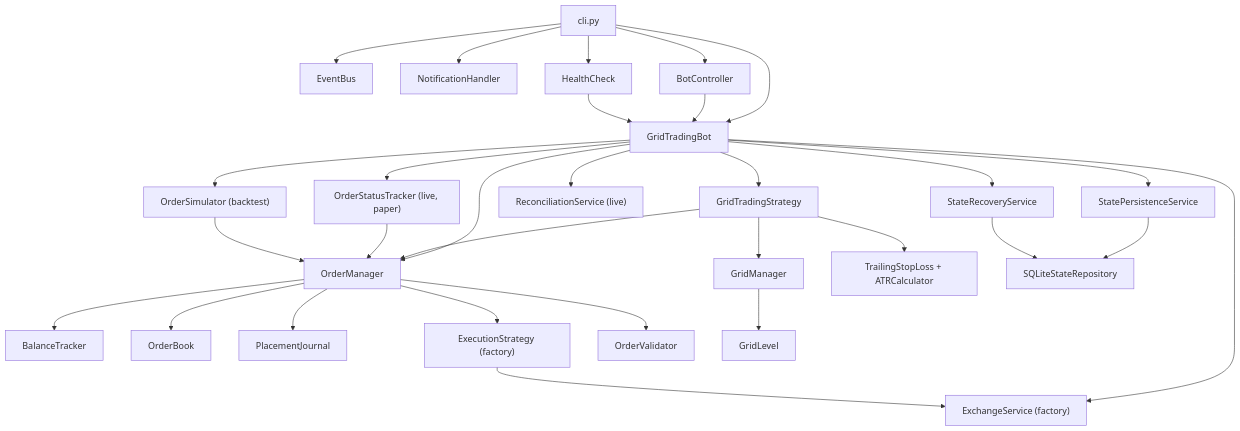
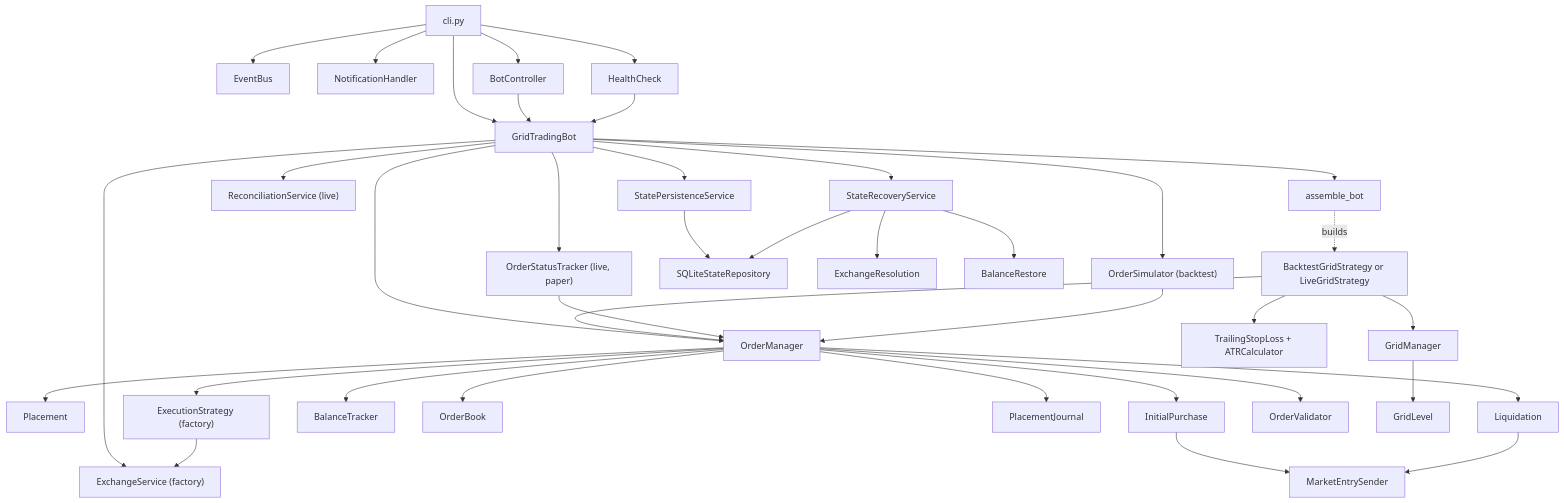
One commit to jordantete/grid_trading_bot changed the first of 2 diagrams in docs/architecture/overview.md. Above: the diagram before and after it, drawn with Mermaid. The commit also changed other lines of this file and 4 other files, not shown here.

````diff
--- a/docs/architecture/overview.md
+++ b/docs/architecture/overview.md
@@ -94,32 +105,40 @@
 ```mermaid
 flowchart TD
     CLI["cli.py"] --> EventBus["EventBus"]
     CLI --> Notification["NotificationHandler"]
     CLI --> Bot["GridTradingBot"]
     CLI --> BotController["BotController"]
     CLI --> HealthCheck["HealthCheck"]
     BotController --> Bot
     HealthCheck --> Bot
     Bot --> ExchangeService["ExchangeService (factory)"]
-    Bot --> Strategy["GridTradingStrategy"]
+    Bot --> Assembly["assemble_bot"]
+    Assembly -. builds .-> Strategy["BacktestGridStrategy or LiveGridStrategy"]
     Bot --> OrderManager["OrderManager"]
     Bot --> Tracker["OrderStatusTracker (live, paper)"]
     Bot --> Simulator["OrderSimulator (backtest)"]
     Bot --> Reconciliation["ReconciliationService (live)"]
     Bot --> PersistenceService["StatePersistenceService"]
     Bot --> RecoveryService["StateRecoveryService"]
     Strategy --> OrderManager
     Strategy --> GridManager["GridManager"]
     Strategy --> TrailingStop["TrailingStopLoss + ATRCalculator"]
     Tracker --> OrderManager
     Simulator --> OrderManager
+    OrderManager --> Placement["Placement"]
+    OrderManager --> InitialPurchase["InitialPurchase"]
+    OrderManager --> Liquidation["Liquidation"]
+    InitialPurchase --> MarketEntry["MarketEntrySender"]
+    Liquidation --> MarketEntry
     OrderManager --> BalanceTracker["BalanceTracker"]
     OrderManager --> OrderBook["OrderBook"]
     OrderManager --> Journal["PlacementJournal"]
     OrderManager --> ExecutionStrategy["ExecutionStrategy (factory)"]
     OrderManager --> OrderValidator["OrderValidator"]
     ExecutionStrategy --> ExchangeService
     GridManager --> GridLevel["GridLevel"]
     PersistenceService --> StateRepository["SQLiteStateRepository"]
     RecoveryService --> StateRepository
+    RecoveryService --> Resolution["ExchangeResolution"]
+    RecoveryService --> BalanceRestore["BalanceRestore"]
 ```
````
